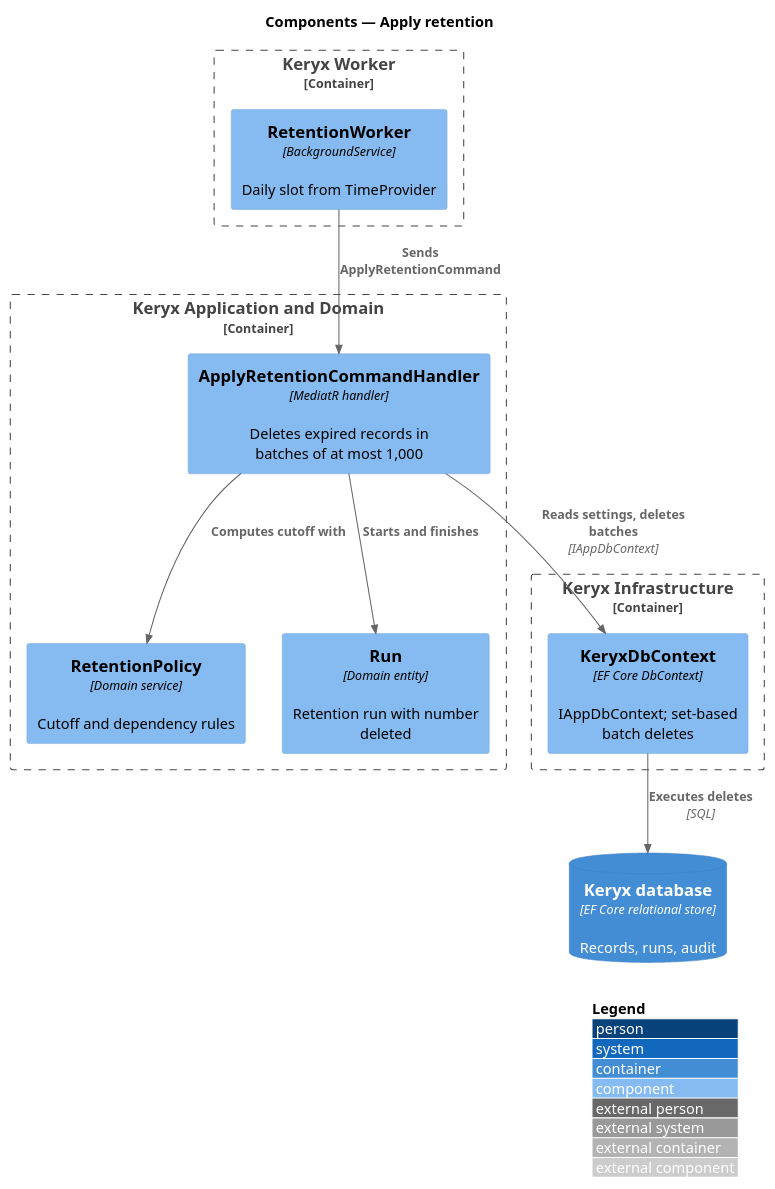
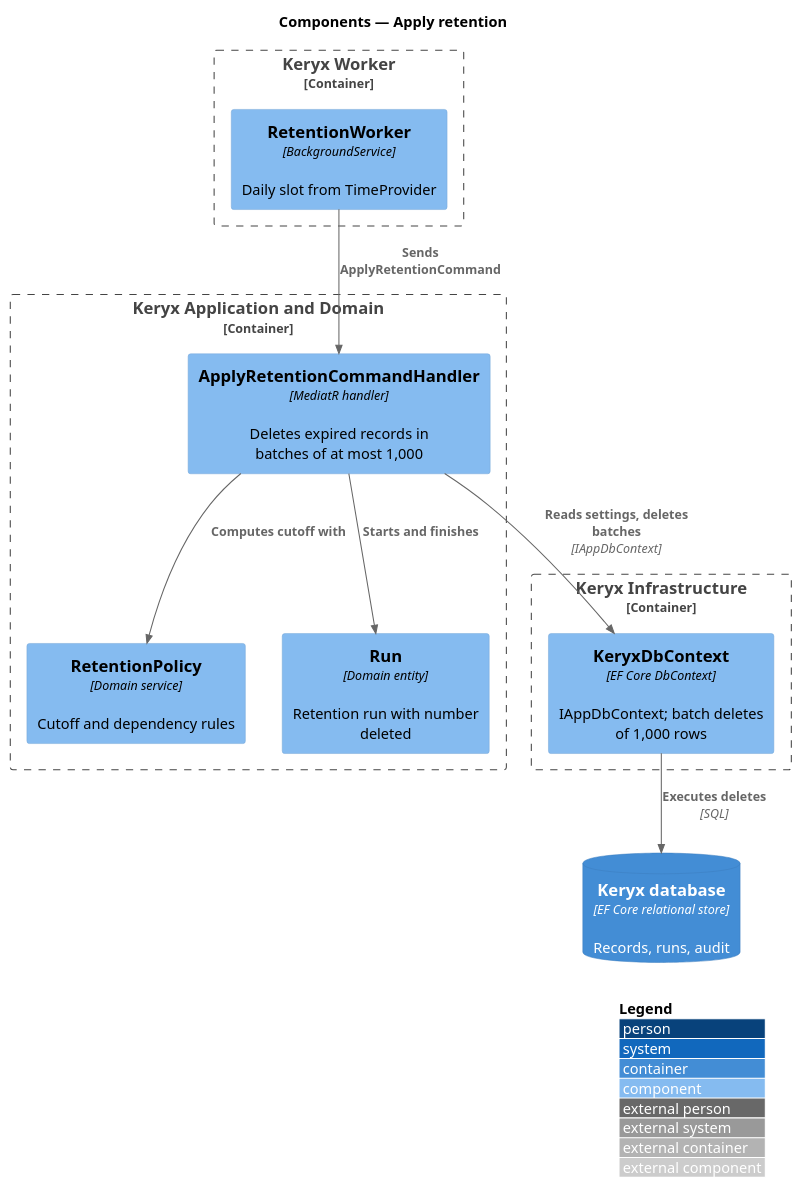
The diagram in docs/detailed-designs/catalogue/apply-retention/diagrams/c4-component.puml (QuinntyneBrown/keryx), drawn with PlantUML before and after one commit. The commit also changed 15 other files, not shown here.

```diff
--- a/docs/detailed-designs/catalogue/apply-retention/diagrams/c4-component.puml
+++ b/docs/detailed-designs/catalogue/apply-retention/diagrams/c4-component.puml
@@ -1,24 +1,24 @@
 @startuml
 !include <C4/C4_Component>
 LAYOUT_WITH_LEGEND()
 title Components — Apply retention
 
 Container_Boundary(worker, "Keryx Worker") {
   Component(rw, "RetentionWorker", "BackgroundService", "Daily slot from TimeProvider")
 }
 Container_Boundary(app, "Keryx Application and Domain") {
   Component(h, "ApplyRetentionCommandHandler", "MediatR handler", "Deletes expired records in batches of at most 1,000")
   Component(pol, "RetentionPolicy", "Domain service", "Cutoff and dependency rules")
   Component(run, "Run", "Domain entity", "Retention run with number deleted")
 }
 Container_Boundary(infra, "Keryx Infrastructure") {
-  Component(ctx, "KeryxDbContext", "EF Core DbContext", "IAppDbContext; set-based batch deletes")
+  Component(ctx, "KeryxDbContext", "EF Core DbContext", "IAppDbContext; batch deletes of 1,000 rows")
 }
 ContainerDb(db, "Keryx database", "EF Core relational store", "Records, runs, audit")
 
 Rel(rw, h, "Sends ApplyRetentionCommand")
 Rel(h, pol, "Computes cutoff with")
 Rel(h, run, "Starts and finishes")
 Rel(h, ctx, "Reads settings, deletes batches", "IAppDbContext")
 Rel(ctx, db, "Executes deletes", "SQL")
 @enduml
```
